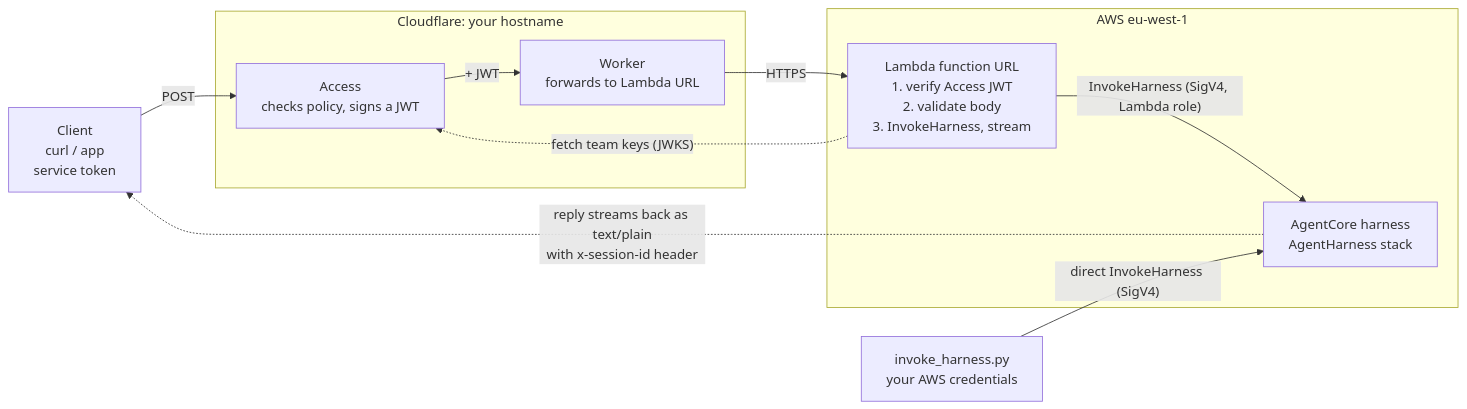
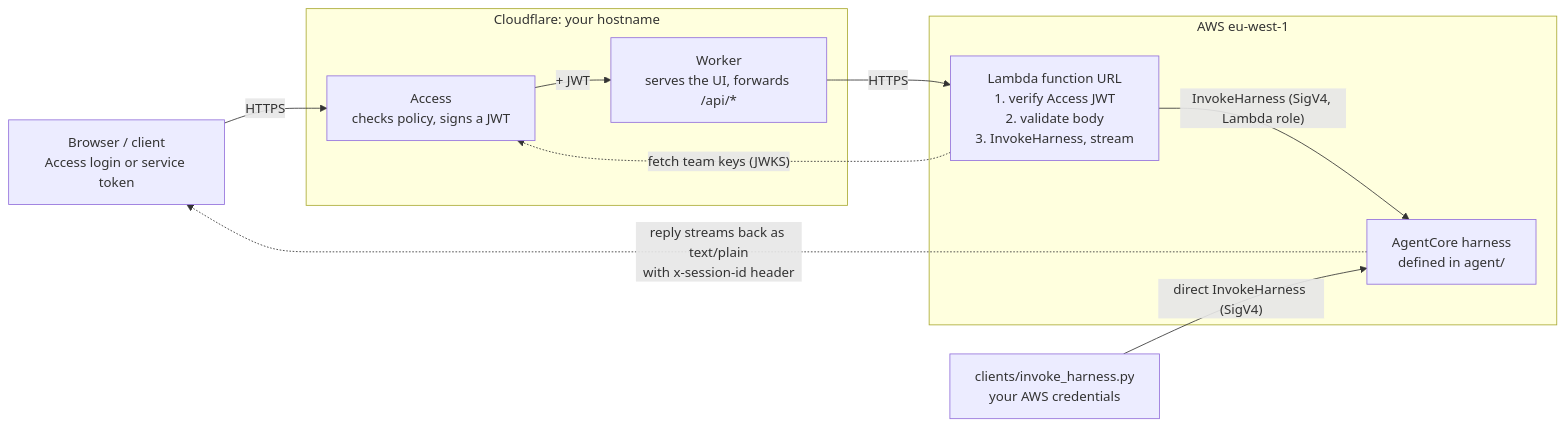
One commit to fredrikp999/agentcore-harness-proxy changed the diagram in README.md. Above: the diagram before and after it, drawn with Mermaid. The commit also changed other lines of this file and 35 other files, not shown here.

First line of the commit message:
Restructure the repository into agent, aws, cloudflare and clients

````diff
--- a/README.md
+++ b/README.md
@@ -172,23 +47,23 @@
 ```mermaid
 flowchart LR
-  client["Client<br/>curl / app<br/>service token"]
+  client["Browser / client<br/>Access login or service token"]
 
   subgraph cf["Cloudflare: your hostname"]
     access["Access<br/>checks policy, signs a JWT"]
-    origin["Worker<br/>forwards to Lambda URL"]
+    origin["Worker<br/>serves the UI, forwards /api/*"]
   end
 
   subgraph aws["AWS eu-west-1"]
     lambda["Lambda function URL<br/>1. verify Access JWT<br/>2. validate body<br/>3. InvokeHarness, stream"]
-    harness["AgentCore harness<br/>AgentHarness stack"]
+    harness["AgentCore harness<br/>defined in agent/"]
   end
 
-  client -->|"POST"| access
+  client -->|"HTTPS"| access
   access -->|"+ JWT"| origin
   origin -->|"HTTPS"| lambda
   lambda -->|"InvokeHarness (SigV4, Lambda role)"| harness
   lambda -.->|"fetch team keys (JWKS)"| access
   harness -.->|"reply streams back as text/plain<br/>with x-session-id header"| client
 
-  script["invoke_harness.py<br/>your AWS credentials"] -->|"direct InvokeHarness (SigV4)"| harness
+  script["clients/invoke_harness.py<br/>your AWS credentials"] -->|"direct InvokeHarness (SigV4)"| harness
 ```
````
